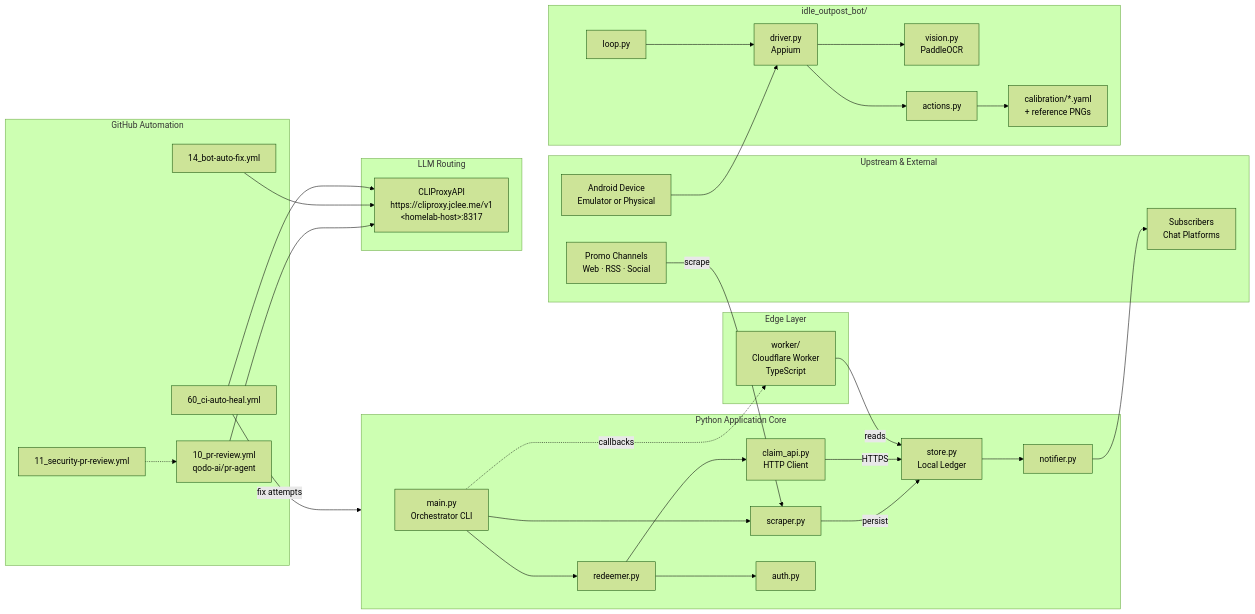
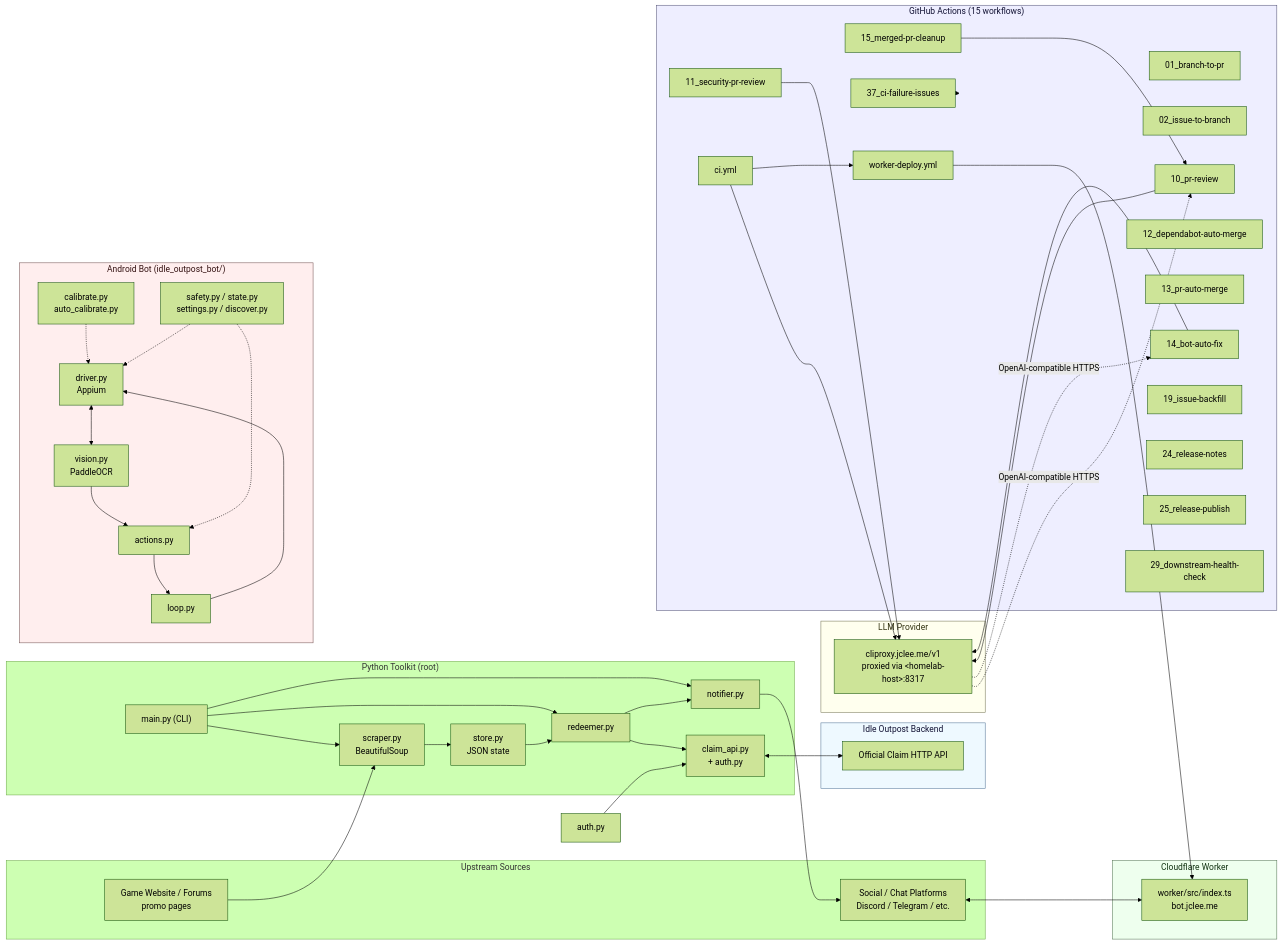
Before and after one commit to jclee941/idle-outpost: the diagram in README.md, drawn with Mermaid (forest theme). The commit also changed other lines of this file, not shown here.

Commit message:
docs: auto-update README.md (#359)

````diff
--- a/README.md
+++ b/README.md
@@ -54,66 +75,100 @@
 ```mermaid
 flowchart LR
-    subgraph EX["Upstream &amp; External"]
-        SRC["Promo Channels<br/>Web · RSS · Social"]
-        DEV["Android Device<br/>Emulator or Physical"]
-        USR["Subscribers<br/>Chat Platforms"]
+    subgraph SRC["Upstream Sources"]
+        WEB["Game Website / Forums<br/>promo pages"]
+        SOCIAL["Social / Chat Platforms<br/>Discord / Telegram / etc."]
     end
 
-    subgraph CORE["Python Application Core"]
-        MAIN["main.py<br/>Orchestrator CLI"]
-        SCRAPER["scraper.py"]
-        STORE["store.py<br/>Local Ledger"]
+    subgraph CORE["Python Toolkit (root)"]
+        SCRAPER["scraper.py<br/>BeautifulSoup"]
+        STORE["store.py<br/>JSON state"]
         REDEEMER["redeemer.py"]
-        CLAIM["claim_api.py<br/>HTTP Client"]
-        NOTIF["notifier.py"]
-        AUTH["auth.py"]
+        CLAIM["claim_api.py<br/>+ auth.py"]
+        NOTIFIER["notifier.py"]
+        MAIN["main.py (CLI)"]
     end
 
-    subgraph BOT["idle_outpost_bot/"]
-        DRV["driver.py<br/>Appium"]
-        VIS["vision.py<br/>PaddleOCR"]
+    subgraph BOT["Android Bot (idle_outpost_bot/)"]
+        DRIVER["driver.py<br/>Appium"]
+        VISION["vision.py<br/>PaddleOCR"]
+        ACTIONS["actions.py"]
         LOOP["loop.py"]
-        ACTIONS["actions.py"]
-        CAL["calibration/*.yaml<br/>+ reference PNGs"]
+        CALIB["calibrate.py<br/>auto_calibrate.py"]
+        SAFETY["safety.py / state.py<br/>settings.py / discover.py"]
     end
 
-    subgraph EDGE["Edge Layer"]
-        WORKER["worker/<br/>Cloudflare Worker<br/>TypeScript"]
+    subgraph EDGE["Cloudflare Worker"]
+        WRK["worker/src/index.ts<br/>bot.jclee.me"]
     end
 
-    subgraph LLM["LLM Routing"]
-        PROXY["CLIProxyAPI<br/>https://cliproxy.jclee.me/v1<br/>&lt;homelab-host&gt;:8317"]
+    subgraph GAME["Idle Outpost Backend"]
+        API["Official Claim HTTP API"]
     end
 
-    subgraph CI["GitHub Automation"]
-        PRREV["10_pr-review.yml<br/>qodo-ai/pr-agent"]
-        SEC["11_security-pr-review.yml"]
-        AUTOFIX["14_bot-auto-fix.yml"]
-        HEAL["60_ci-auto-heal.yml"]
+    subgraph LLM["LLM Provider"]
+        PROXY["cliproxy.jclee.me/v1<br/>proxied via &lt;homelab-host&gt;:8317"]
     end
 
-    SRC -->|scrape| SCRAPER
-    SCRAPER -->|persist| STORE
+    subgraph GHA["GitHub Actions (15 workflows)"]
+        WF01["01_branch-to-pr"]
+        WF02["02_issue-to-branch"]
+        WF10["10_pr-review"]
+        WF11["11_security-pr-review"]
+        WF12["12_dependabot-auto-merge"]
+        WF13["13_pr-auto-merge"]
+        WF14["14_bot-auto-fix"]
+        WF15["15_merged-pr-cleanup"]
+        WF19["19_issue-backfill"]
+        WF24["24_release-notes"]
+        WF25["25_release-publish"]
+        WF29["29_downstream-health-check"]
+        WF37["37_ci-failure-issues"]
+        WFCI["ci.yml"]
+        WFDEP["worker-deploy.yml"]
+    end
+
+    WEB --> SCRAPER
+    SCRAPER --> STORE
+    STORE --> REDEEMER
+    REDEEMER --> CLAIM
+    AUTH["auth.py"] --> CLAIM
+    CLAIM <--> API
+    REDEEMER --> NOTIFIER
+    NOTIFIER --> SOCIAL
+    SOCIAL <--> WRK
+
+    DRIVER <--> VISION
+    VISION --> ACTIONS
+    ACTIONS --> LOOP
+    LOOP --> DRIVER
+    CALIB -.-> DRIVER
+    SAFETY -.-> DRIVER
+    SAFETY -.-> ACTIONS
+
     MAIN --> SCRAPER
     MAIN --> REDEEMER
-    REDEEMER --> CLAIM
-    REDEEMER --> AUTH
-    CLAIM -->|HTTPS| STORE
-    STORE --> NOTIF
-    NOTIF --> USR
+    MAIN --> NOTIFIER
 
-    DEV --> DRV
-    DRV --> VIS
-    DRV --> ACTIONS
-    ACTIONS --> CAL
-    LOOP --> DRV
+    WF10 --> PROXY
+    WF11 --> PROXY
+    WF14 --> PROXY
+    WFCI --> PROXY
+    PROXY -. "OpenAI-compatible HTTPS" .-> WF10
+    PROXY -. "OpenAI-compatible HTTPS" .-> WF14
 
-    MAIN -.->|callbacks| WORKER
-    WORKER -->|reads| STORE
+    WFCI --> WFDEP
+    WFDEP --> WRK
+    WF37 --> GHA
+    WF15 --> WF10
 
-    HEAL -->|fix attempts| CORE
-    PRREV --> PROXY
-    AUTOFIX --> PROXY
-    HEAL --> PROXY
-    SEC -.-> PRREV
+    classDef ci fill:#eef,stroke:#557,color:#113
+    classDef bot fill:#fee,stroke:#755,color:#311
+    classDef edge fill:#efe,stroke:#575,color:#131
+    classDef llm fill:#ffe,stroke:#775,color:#331
+    classDef game fill:#eef9ff,stroke:#579,color:#113
+    class GHA ci
+    class BOT bot
+    class EDGE edge
+    class LLM llm
+    class GAME game
 ```
````
